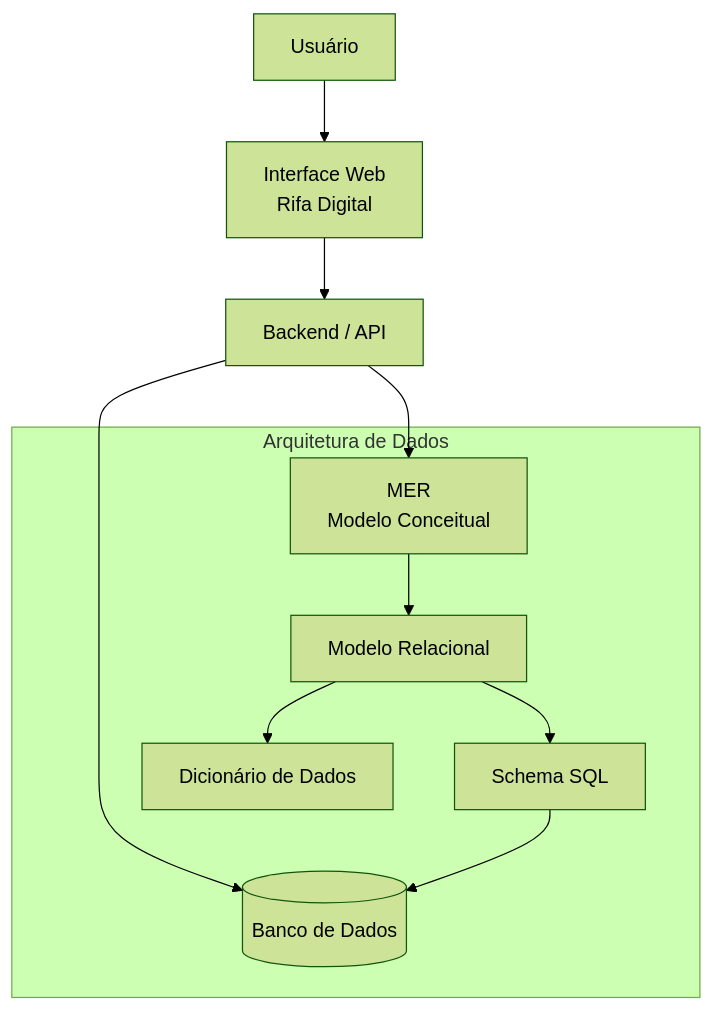
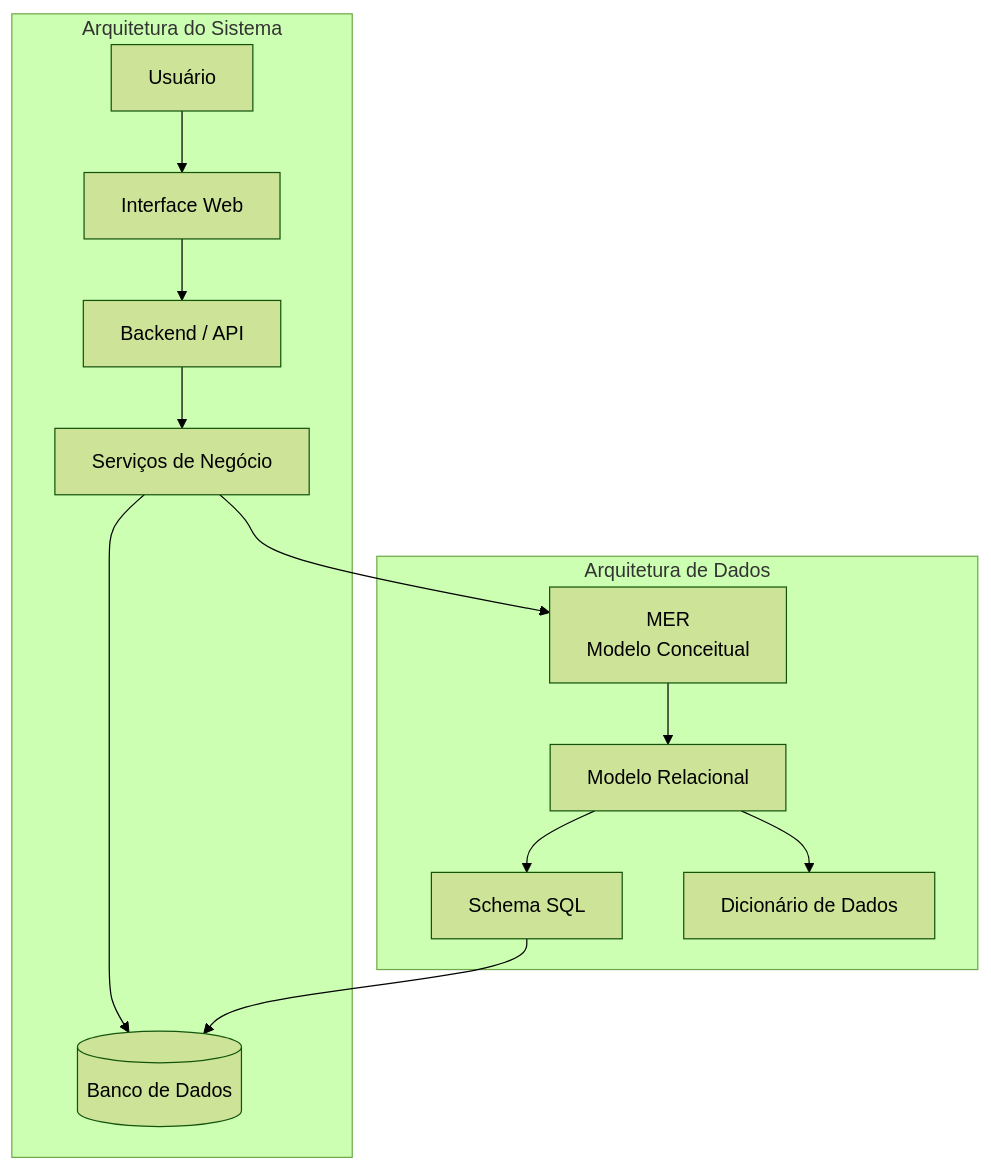
Before and after one commit to ivnavalenca/rifa-digital: the diagram in docs/architecture/system-data-architecture.md, drawn with Mermaid (forest theme). The commit also changed other lines of this file, not shown here.

````diff
--- a/docs/architecture/system-data-architecture.md
+++ b/docs/architecture/system-data-architecture.md
@@ -19,34 +20,41 @@
-```mermaid
+``` mermaid
 flowchart TD
+
+subgraph SYSTEM[Arquitetura do Sistema]
 
 USER[Usuário]
 
-WEB[Interface Web<br>Rifa Digital]
+WEB[Interface Web]
 
 API[Backend / API]
+
+SERVICE[Serviços de Negócio]
 
 DB[(Banco de Dados)]
 
 USER --> WEB
 WEB --> API
-API --> DB
+API --> SERVICE
+SERVICE --> DB
 
-subgraph DATA_ARCHITECTURE[Arquitetura de Dados]
+end
+
+subgraph DATA[Arquitetura de Dados]
 
 MER[MER<br>Modelo Conceitual]
 
 REL[Modelo Relacional]
 
 SQL[Schema SQL]
 
 DICT[Dicionário de Dados]
 
 MER --> REL
 REL --> SQL
 REL --> DICT
 SQL --> DB
 
 end
 
-API --> MER
+SERVICE --> MER
 ```
````
